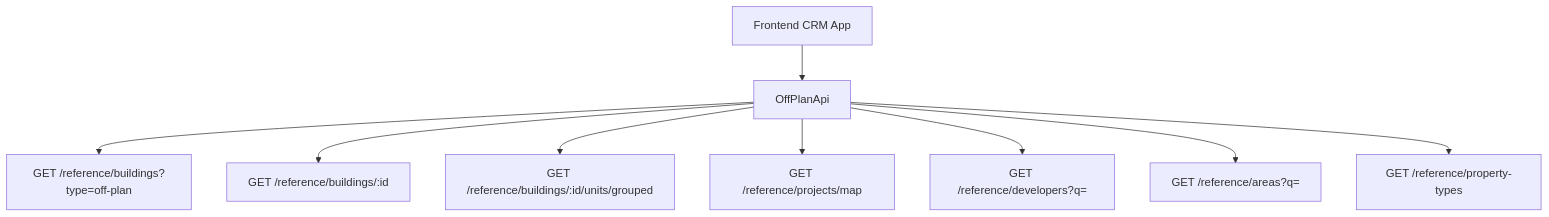
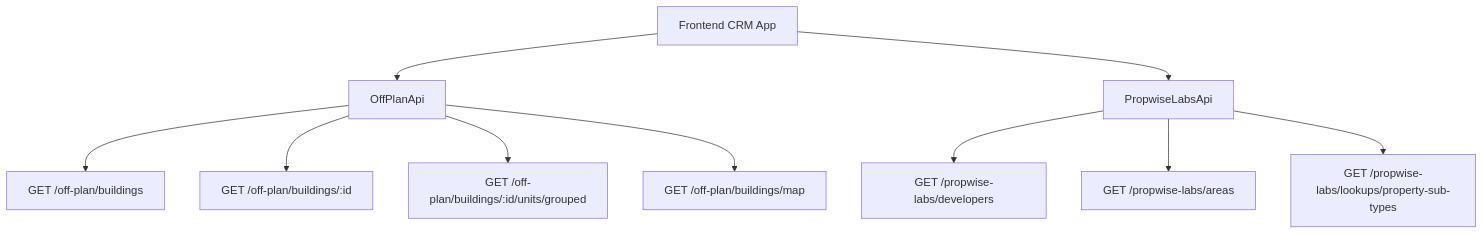
Before and after one commit to tech-propwise-org/docs: the diagram in backend/real-estate/off-plan-directory-implementation.mdx, drawn with Mermaid. The commit also changed other lines of this file and 42 other files, not shown here.

````diff
--- a/backend/real-estate/off-plan-directory-implementation.mdx
+++ b/backend/real-estate/off-plan-directory-implementation.mdx
@@ -40,11 +40,12 @@
 ```mermaid
 graph TD
     A[Frontend CRM App] --> B[OffPlanApi]
-    B --> C[GET /reference/buildings?type=off-plan]
-    B --> D[GET /reference/buildings/:id]
-    B --> E[GET /reference/buildings/:id/units/grouped]
-    B --> F[GET /reference/projects/map]
-    B --> G[GET /reference/developers?q=]
-    B --> H[GET /reference/areas?q=]
-    B --> I[GET /reference/property-types]
+    B --> C[GET /off-plan/buildings]
+    B --> D[GET /off-plan/buildings/:id]
+    B --> E[GET /off-plan/buildings/:id/units/grouped]
+    B --> F[GET /off-plan/buildings/map]
+    A --> G[PropwiseLabsApi]
+    G --> H[GET /propwise-labs/developers]
+    G --> I[GET /propwise-labs/areas]
+    G --> J[GET /propwise-labs/lookups/property-sub-types]
 ```
````
